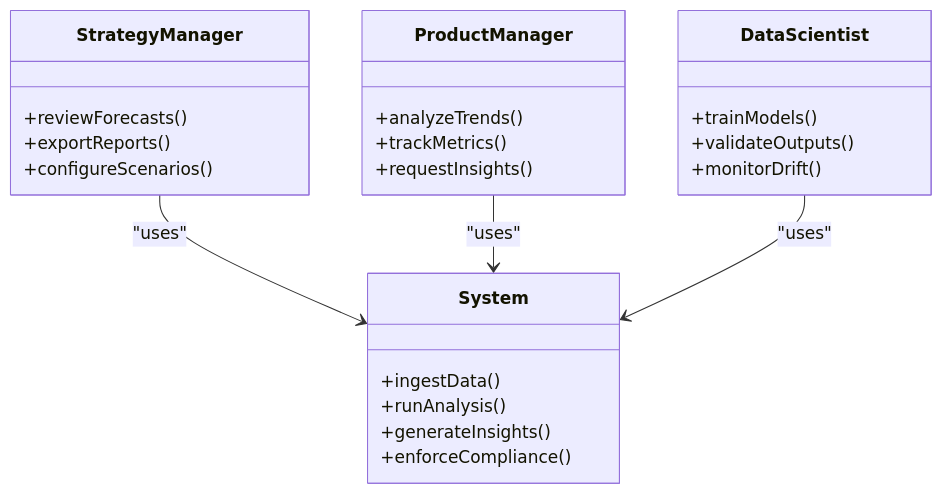
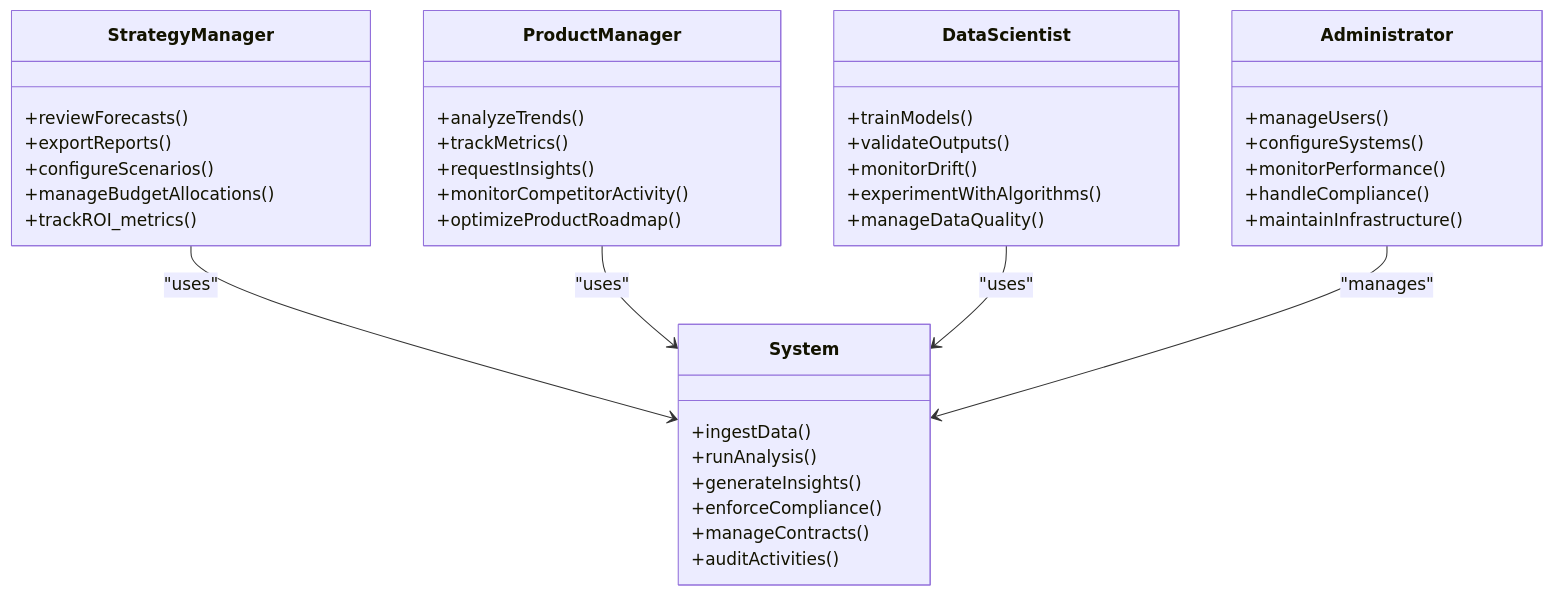
One commit to od3n/forecastiq changed the fourth of 7 diagrams in .qoder/repowiki/en/content/Business Requirements & Analysis.md. Above: the diagram before and after it, drawn with Mermaid. The commit also changed other lines of this file and 3 other files, not shown here.

````diff
--- a/.qoder/repowiki/en/content/Business Requirements & Analysis.md
+++ b/.qoder/repowiki/en/content/Business Requirements & Analysis.md
@@ -154,27 +224,43 @@
 ```mermaid
 classDiagram
 class StrategyManager {
 +reviewForecasts()
 +exportReports()
 +configureScenarios()
++manageBudgetAllocations()
++trackROI_metrics()
 }
 class ProductManager {
 +analyzeTrends()
 +trackMetrics()
 +requestInsights()
++monitorCompetitorActivity()
++optimizeProductRoadmap()
 }
 class DataScientist {
 +trainModels()
 +validateOutputs()
 +monitorDrift()
++experimentWithAlgorithms()
++manageDataQuality()
+}
+class Administrator {
++manageUsers()
++configureSystems()
++monitorPerformance()
++handleCompliance()
++maintainInfrastructure()
 }
 class System {
 +ingestData()
 +runAnalysis()
 +generateInsights()
 +enforceCompliance()
++manageContracts()
++auditActivities()
 }
 StrategyManager --> System : "uses"
 ProductManager --> System : "uses"
 DataScientist --> System : "uses"
+Administrator --> System : "manages"
 ```
````
